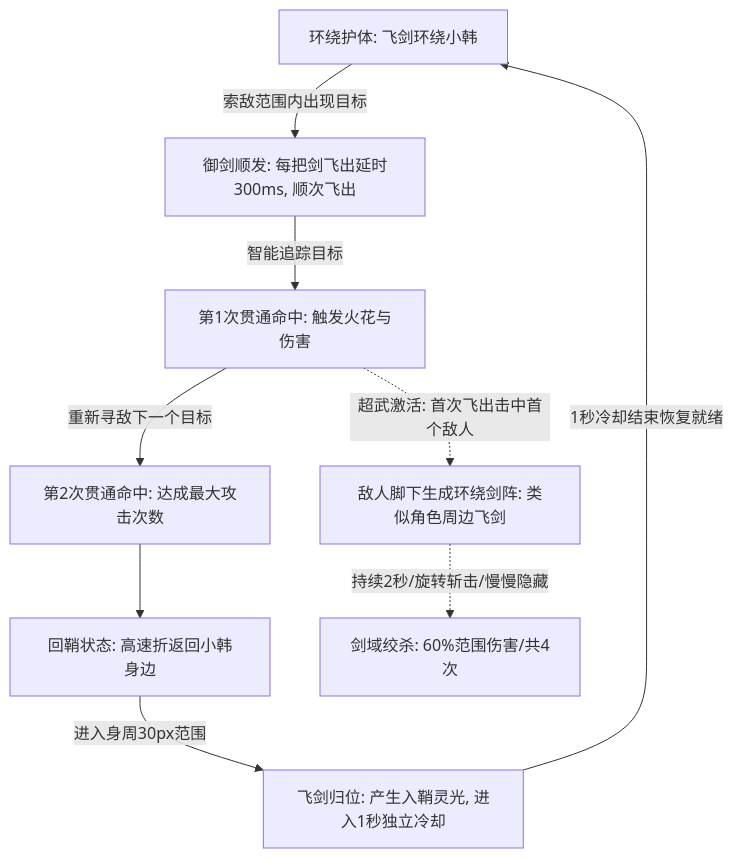
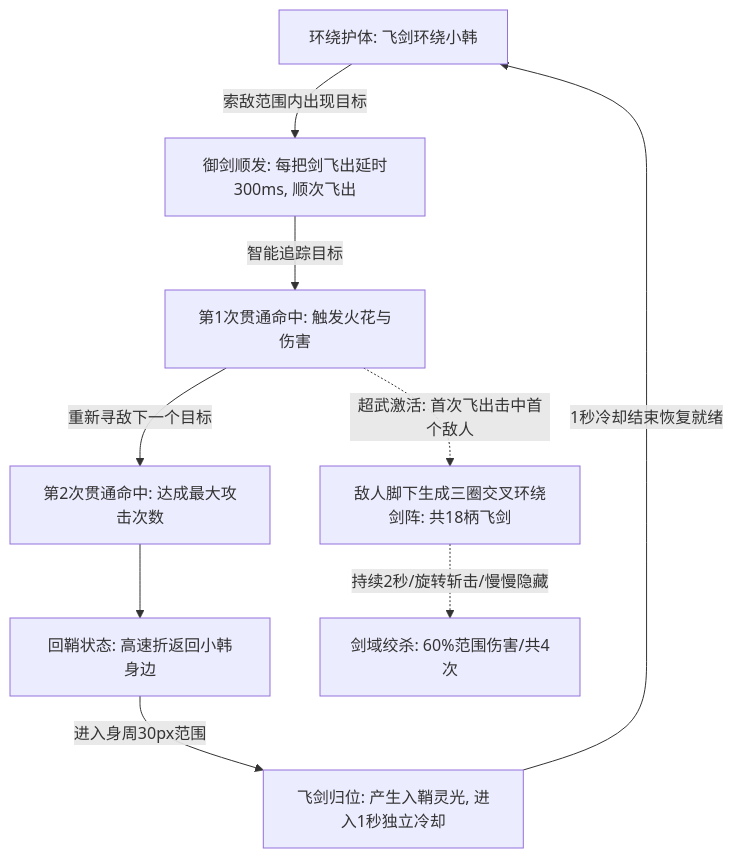
The diagram in 设计说明/弹壳打工/青玉.md (Yankailin-GH/aabbBox), drawn with Mermaid before and after one commit. The commit also changed other lines of this file and 614 other files, not shown here.

````diff
--- a/设计说明/弹壳打工/青玉.md
+++ b/设计说明/弹壳打工/青玉.md
@@ -33,11 +35,11 @@
 ```mermaid
 graph TD
     A[环绕护体: 飞剑环绕小韩] -->|索敌范围内出现目标| B[御剑顺发: 每把剑飞出延时300ms, 顺次飞出]
     B -->|智能追踪目标| C[第1次贯通命中: 触发火花与伤害]
     C -->|重新寻敌下一个目标| D[第2次贯通命中: 达成最大攻击次数]
     D --> E[回鞘状态: 高速折返回小韩身边]
     E -->|进入身周30px范围| F[飞剑归位: 产生入鞘灵光, 进入1秒独立冷却]
     F -->|1秒冷却结束恢复就绪| A
-    C -.->|超武激活: 首次飞出击中首个敌人| G[敌人脚下生成环绕剑阵: 类似角色周边飞剑]
+    C -.->|超武激活: 首次飞出击中首个敌人| G[敌人脚下生成三圈交叉环绕剑阵: 共18柄飞剑]
     G -.->|持续2秒/旋转斩击/慢慢隐藏| H[剑域绞杀: 60%范围伤害/共4次]
 ```
````
